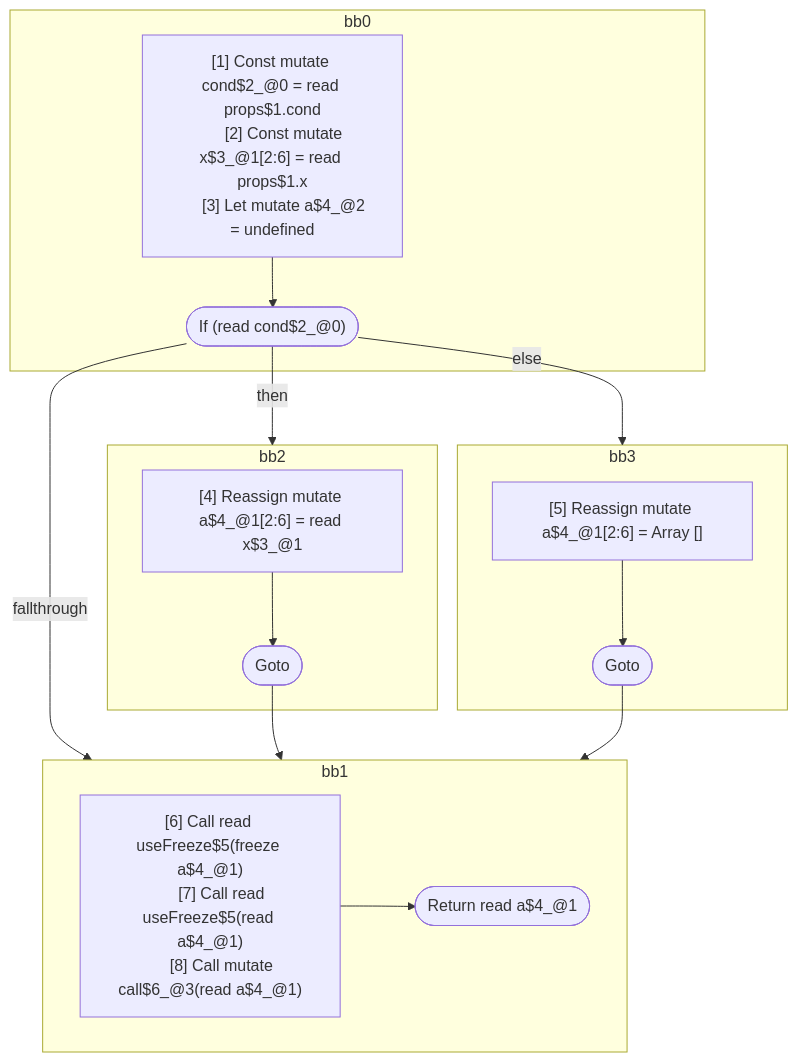
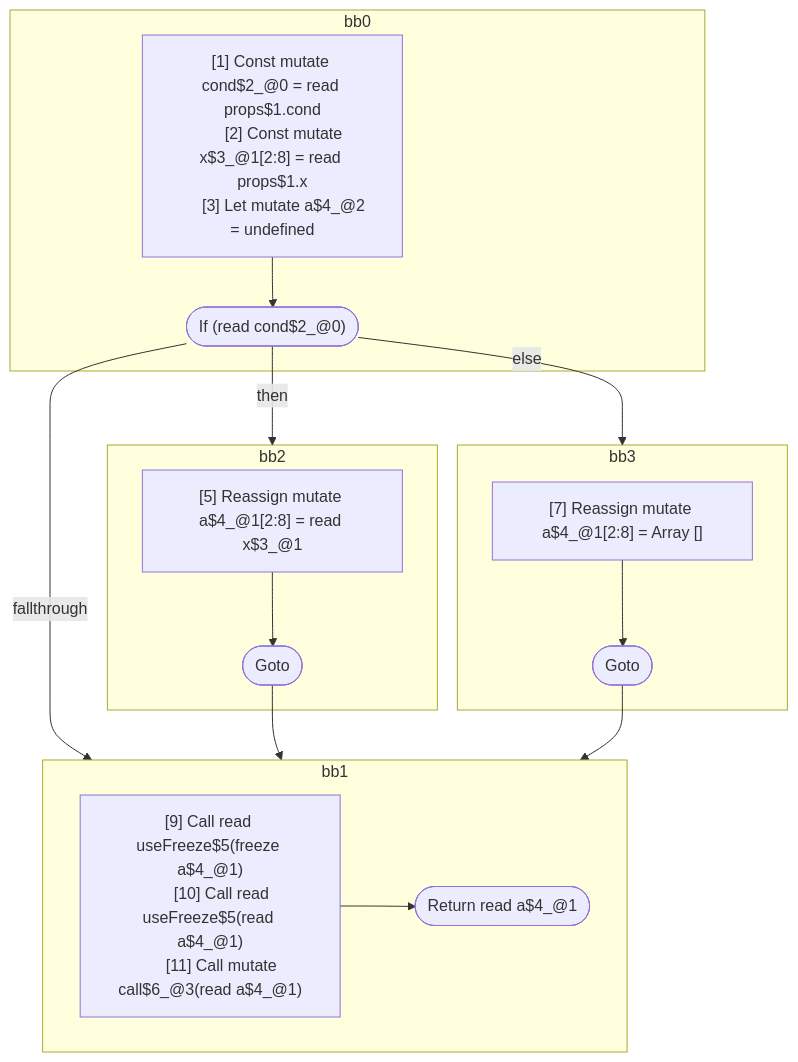
One commit to wutsmog/private changed the first of 3 diagrams in compiler/forget/src/__tests__/fixtures/hir/hooks-freeze-possibly-mutable-arguments.expect.md. Above: the diagram before and after it, drawn with Mermaid. The commit also changed other lines of this file and 61 other files, not shown here.

````diff
--- a/compiler/forget/src/__tests__/fixtures/hir/hooks-freeze-possibly-mutable-arguments.expect.md
+++ b/compiler/forget/src/__tests__/fixtures/hir/hooks-freeze-possibly-mutable-arguments.expect.md
@@ -51,40 +51,40 @@
 ```mermaid
 flowchart TB
   %% Basic Blocks
   subgraph bb0
     bb0_instrs["
       [1] Const mutate cond$2_@0 = read props$1.cond
-      [2] Const mutate x$3_@1[2:6] = read props$1.x
+      [2] Const mutate x$3_@1[2:8] = read props$1.x
       [3] Let mutate a$4_@2 = undefined
     "]
     bb0_instrs --> bb0_terminal(["If (read cond$2_@0)"])
   end
   subgraph bb2
     bb2_instrs["
-      [4] Reassign mutate a$4_@1[2:6] = read x$3_@1
+      [5] Reassign mutate a$4_@1[2:8] = read x$3_@1
     "]
     bb2_instrs --> bb2_terminal(["Goto"])
   end
   subgraph bb3
     bb3_instrs["
-      [5] Reassign mutate a$4_@1[2:6] = Array []
+      [7] Reassign mutate a$4_@1[2:8] = Array []
     "]
     bb3_instrs --> bb3_terminal(["Goto"])
   end
   subgraph bb1
     bb1_instrs["
-      [6] Call read useFreeze$5(freeze a$4_@1)
-      [7] Call read useFreeze$5(read a$4_@1)
-      [8] Call mutate call$6_@3(read a$4_@1)
+      [9] Call read useFreeze$5(freeze a$4_@1)
+      [10] Call read useFreeze$5(read a$4_@1)
+      [11] Call mutate call$6_@3(read a$4_@1)
     "]
     bb1_instrs --> bb1_terminal(["Return read a$4_@1"])
   end
 
   %% Jumps
   bb0_terminal -- "then" --> bb2
   bb0_terminal -- "else" --> bb3
   bb0_terminal -- "fallthrough" --> bb1
   bb2_terminal --> bb1
   bb3_terminal --> bb1
 
 ```
````
